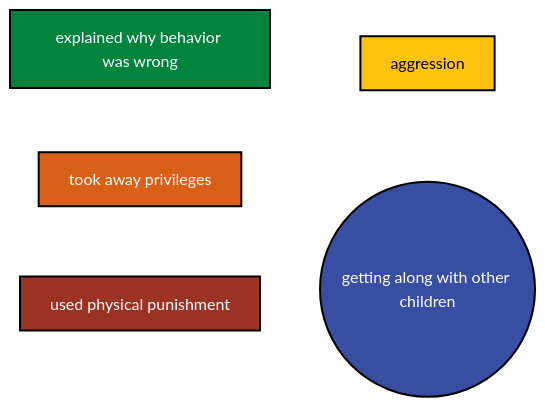
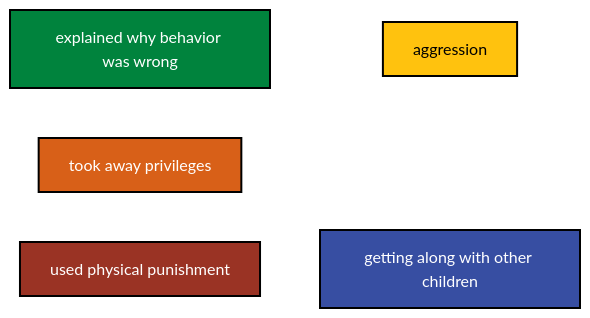
One commit to agrogan1/closeread changed the diagram in global-perspectives/diagram.md. Above: the diagram before and after it, drawn with Mermaid.

````diff
--- a/global-perspectives/diagram.md
+++ b/global-perspectives/diagram.md
@@ -1,31 +1,31 @@
   ```mermaid
 flowchart LR
 
   classDef yellow fill:#FFC20E,stroke:#000000,stroke-width:2px,color:#000000;
   
   classDef blue fill:#374EA2,stroke:#000000,stroke-width:2px,color:#FFFFFF;
   
   classDef green fill:#00833D,stroke:#000000,stroke-width:2px,color:#FFFFFF;
   
   classDef orange fill:#D86018,stroke:#000000,stroke-width:2px,color:#FFFFFF;
   
   classDef red fill:#9A3324,stroke:#000000,stroke-width:2px,color:#FFFFFF;
 
   explained[explained why behavior was wrong]:::green
 
   privileges[took away privileges]:::orange
   
   CP[used physical punishment]:::red
 
   aggression:::yellow
 
-  gettingalong((getting along with other children)):::blue
+  gettingalong[getting along with other children]:::blue
 
   explained ~~~ aggression
   privileges ~~~ aggression
   CP ~~~ aggression
   explained ~~~ gettingalong
   privileges ~~~ gettingalong
   CP ~~~ gettingalong
   
 ```
````
